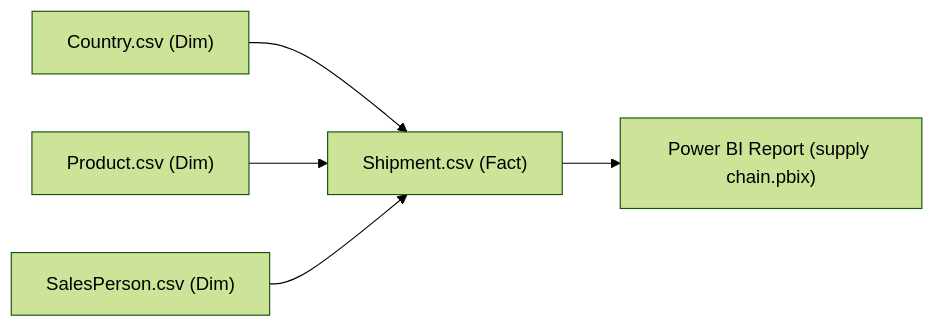
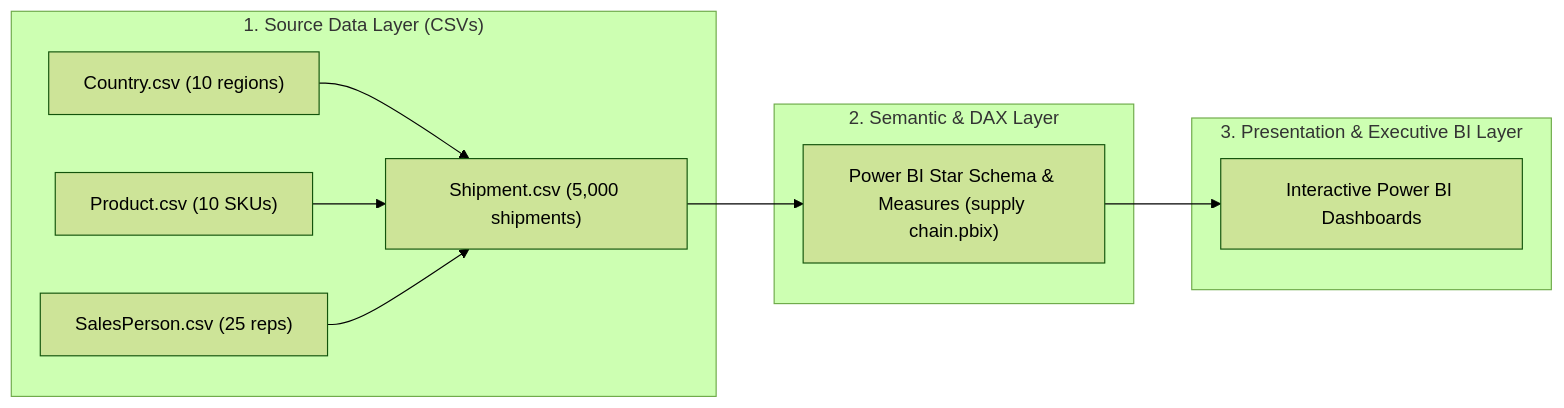
The first of 2 diagrams in README.md (islamsamyy/supply-chain-), drawn with Mermaid (forest theme) before and after one commit. The commit also changed other lines of this file, not shown here.

Commit message:
docs: add ultra-detailed architecture, schemas, visual showcase, APIs, and business ROI

````diff
--- a/README.md
+++ b/README.md
@@ -11,7 +19,17 @@
 ```mermaid
 flowchart LR
-    C["Country.csv (Dim)"] --> S["Shipment.csv (Fact)"]
-    P["Product.csv (Dim)"] --> S
-    SP["SalesPerson.csv (Dim)"] --> S
-    S --> PBI["Power BI Report (supply chain.pbix)"]
+    subgraph L1["1. Source Data Layer (CSVs)"]
+        C["Country.csv (10 regions)"]
+        P["Product.csv (10 SKUs)"]
+        SP["SalesPerson.csv (25 reps)"]
+        S["Shipment.csv (5,000 shipments)"]
+    end
+    subgraph L2["2. Semantic & DAX Layer"]
+        Model["Power BI Star Schema & Measures (supply chain.pbix)"]
+    end
+    subgraph L3["3. Presentation & Executive BI Layer"]
+        Dash["Interactive Power BI Dashboards"]
+    end
+
+    C & P & SP --> S --> Model --> Dash
 ```
````
